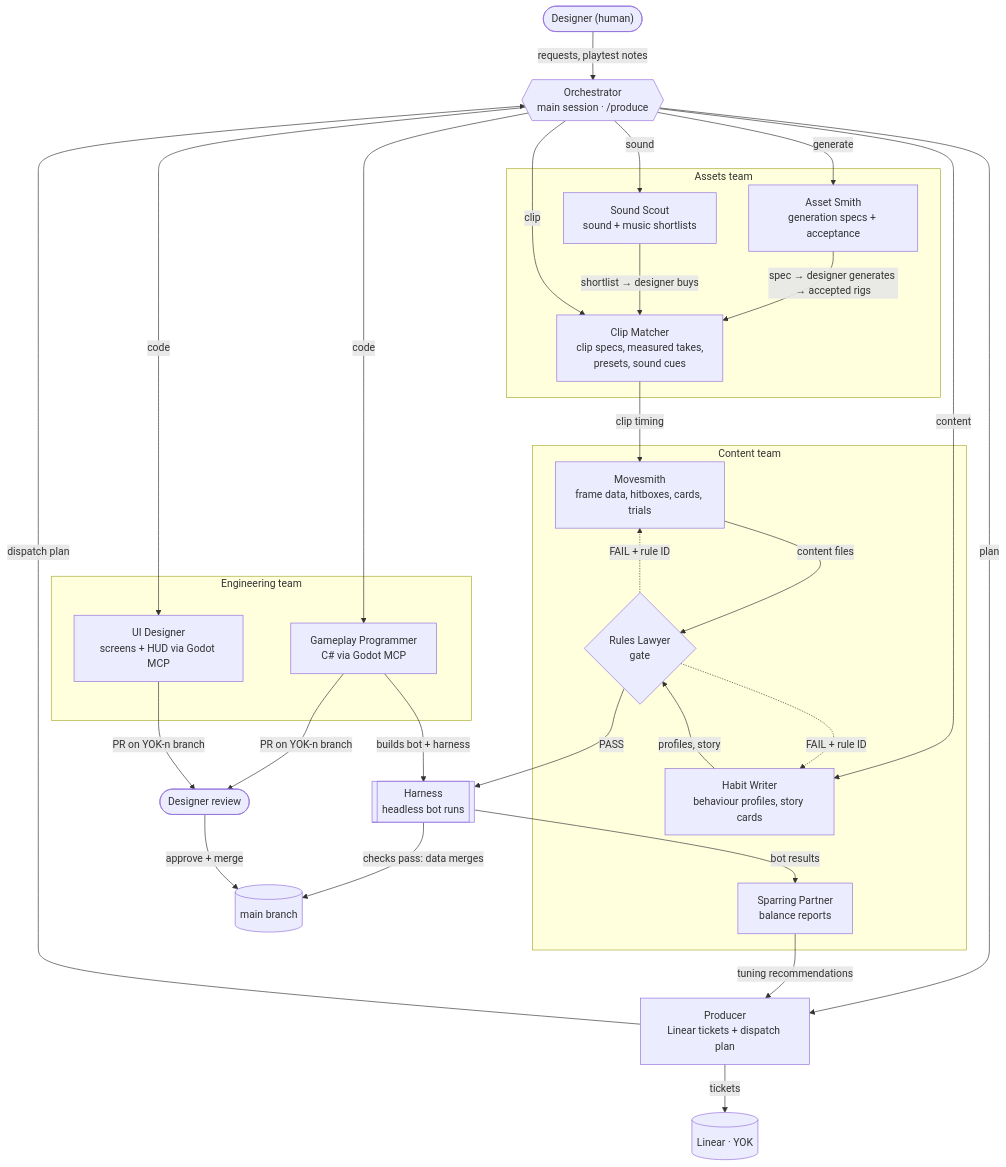
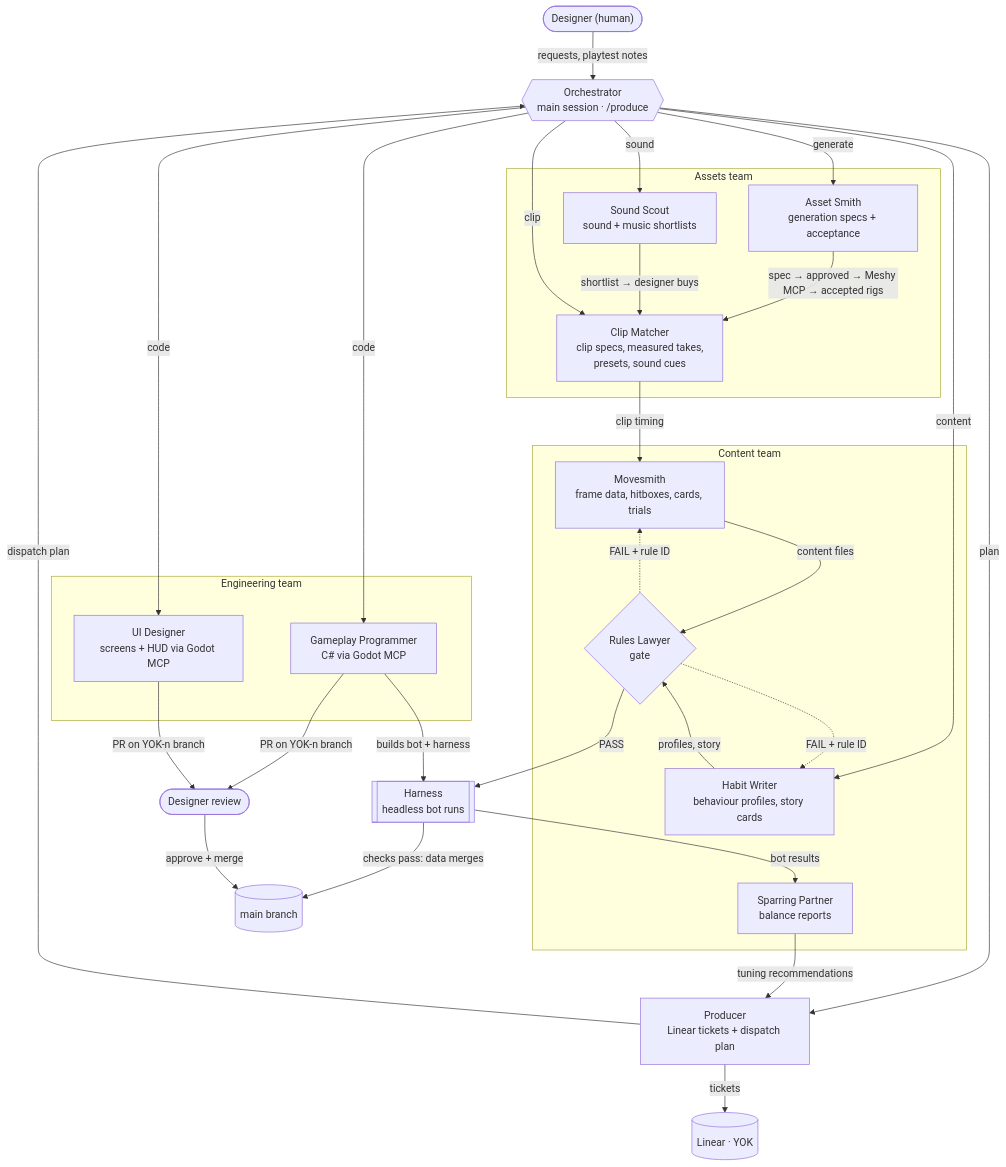
The diagram in README.md (Andreas203/yokai-fighters), drawn with Mermaid before and after one commit. The commit also changed other lines of this file and 11 other files, not shown here.

First line of the commit message:
YOK-generated-assets: run generation through the Meshy MCP

````diff
--- a/README.md
+++ b/README.md
@@ -60,59 +60,59 @@
 ```mermaid
 flowchart TD
     D(["Designer (human)"])
     O{{"Orchestrator<br/>main session · /produce"}}
     P["Producer<br/>Linear tickets + dispatch plan"]
     L[("Linear · YOK")]
 
     D -- "requests, playtest notes" --> O
     O -- "plan" --> P
     P -- "tickets" --> L
     P -- "dispatch plan" --> O
 
     subgraph ASSETS["Assets team"]
         AS["Asset Smith<br/>generation specs + acceptance"]
         CM["Clip Matcher<br/>clip specs, measured takes,<br/>presets, sound cues"]
         SS["Sound Scout<br/>sound + music shortlists"]
     end
 
     subgraph ENG["Engineering team"]
         GP["Gameplay Programmer<br/>C# via Godot MCP"]
         UI["UI Designer<br/>screens + HUD via Godot MCP"]
     end
 
     subgraph CONTENT["Content team"]
         MS["Movesmith<br/>frame data, hitboxes, cards, trials"]
         HW["Habit Writer<br/>behaviour profiles, story cards"]
         RL{"Rules Lawyer<br/>gate"}
         SP["Sparring Partner<br/>balance reports"]
     end
 
     H[["Harness<br/>headless bot runs"]]
     R(["Designer review"])
     M[("main branch")]
 
     O -- "generate" --> AS
-    AS -- "spec → designer generates → accepted rigs" --> CM
+    AS -- "spec → approved → Meshy MCP → accepted rigs" --> CM
     O -- "sound" --> SS
     SS -- "shortlist → designer buys" --> CM
 
     O -- "clip" --> CM
     CM -- "clip timing" --> MS
     O -- "content" --> HW
     MS -- "content files" --> RL
     HW -- "profiles, story" --> RL
     RL -. "FAIL + rule ID" .-> MS
     RL -. "FAIL + rule ID" .-> HW
     RL -- "PASS" --> H
     H -- "checks pass: data merges" --> M
 
     O -- "code" --> GP
     O -- "code" --> UI
     GP -- "builds bot + harness" --> H
     GP -- "PR on YOK-n branch" --> R
     UI -- "PR on YOK-n branch" --> R
     R -- "approve + merge" --> M
 
     H -- "bot results" --> SP
     SP -- "tuning recommendations" --> P
 ```
````
